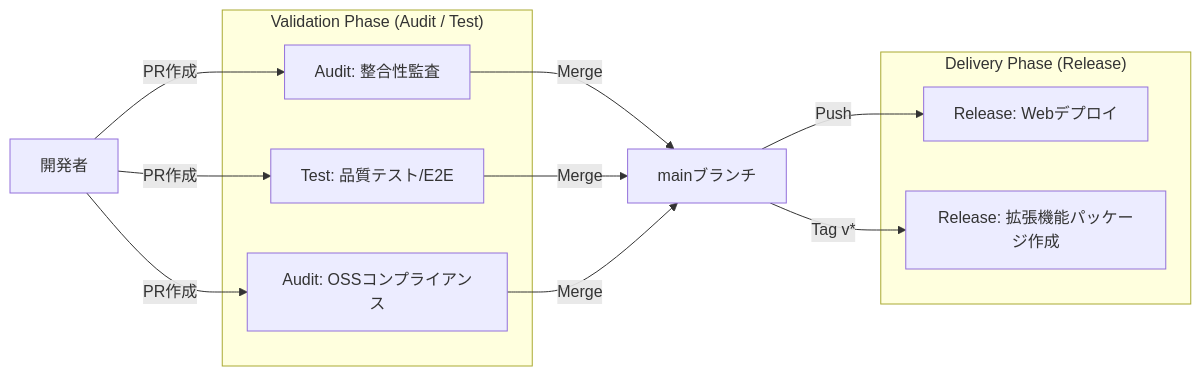
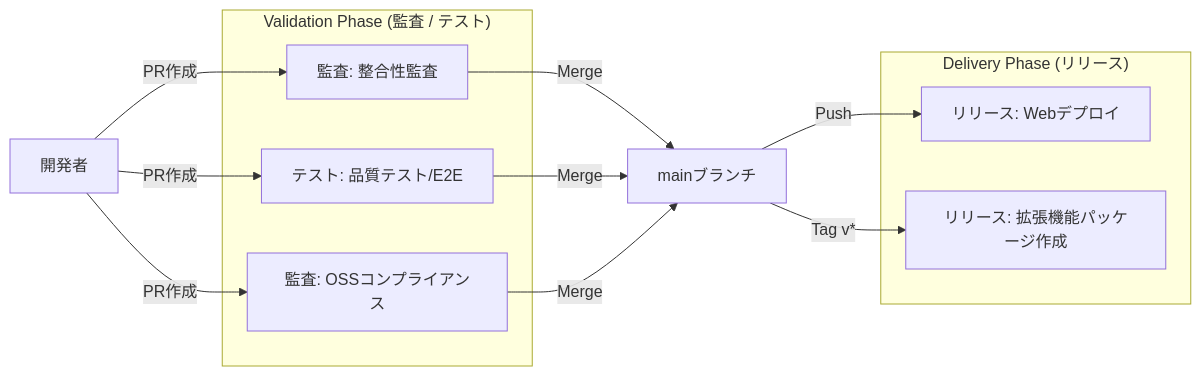
Before and after one commit to masanori-satake/QuickLog-Solo: the second of 2 diagrams in docs/README_ACTIONS.md, drawn with Mermaid. The commit also changed other lines of this file and 15 other files, not shown here.

````diff
--- a/docs/README_ACTIONS.md
+++ b/docs/README_ACTIONS.md
@@ -117,22 +118,22 @@
 ```mermaid
 flowchart LR
-    Dev[開発者] -- PR作成 --> Audit[Audit: 整合性監査]
-    Dev -- PR作成 --> Test[Test: 品質テスト/E2E]
-    Dev -- PR作成 --> OSS[Audit: OSSコンプライアンス]
+    Dev[開発者] -- PR作成 --> Audit[監査: 整合性監査]
+    Dev -- PR作成 --> Test[テスト: 品質テスト/E2E]
+    Dev -- PR作成 --> OSS[監査: OSSコンプライアンス]
 
     Audit & Test & OSS -- Merge --> Main[mainブランチ]
-    Main -- Push --> Deploy[Release: Webデプロイ]
+    Main -- Push --> Deploy[リリース: Webデプロイ]
 
-    Main -- Tag v* --> Rel[Release: 拡張機能パッケージ作成]
+    Main -- Tag v* --> Rel[リリース: 拡張機能パッケージ作成]
 
-    subgraph "Validation Phase (Audit / Test)"
+    subgraph "Validation Phase (監査 / テスト)"
     Audit
     Test
     OSS
     end
 
-    subgraph "Delivery Phase (Release)"
+    subgraph "Delivery Phase (リリース)"
     Deploy
     Rel
     end
 ```
````
